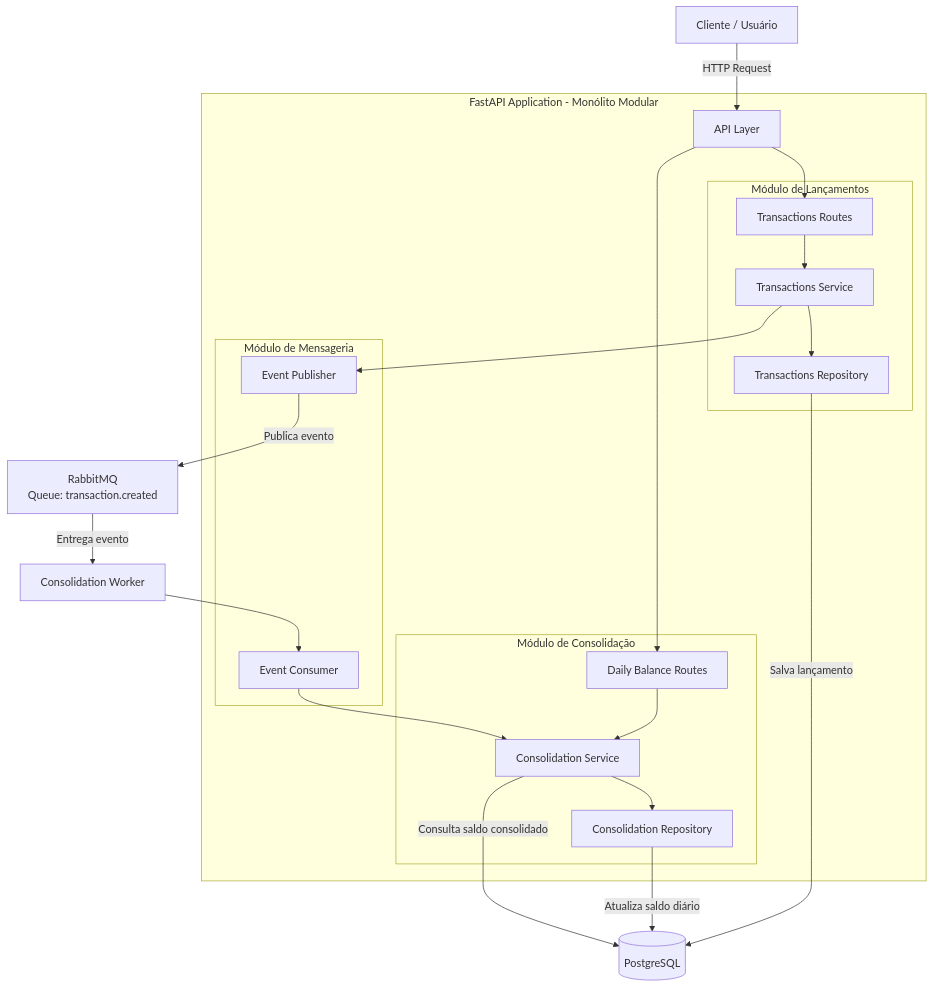
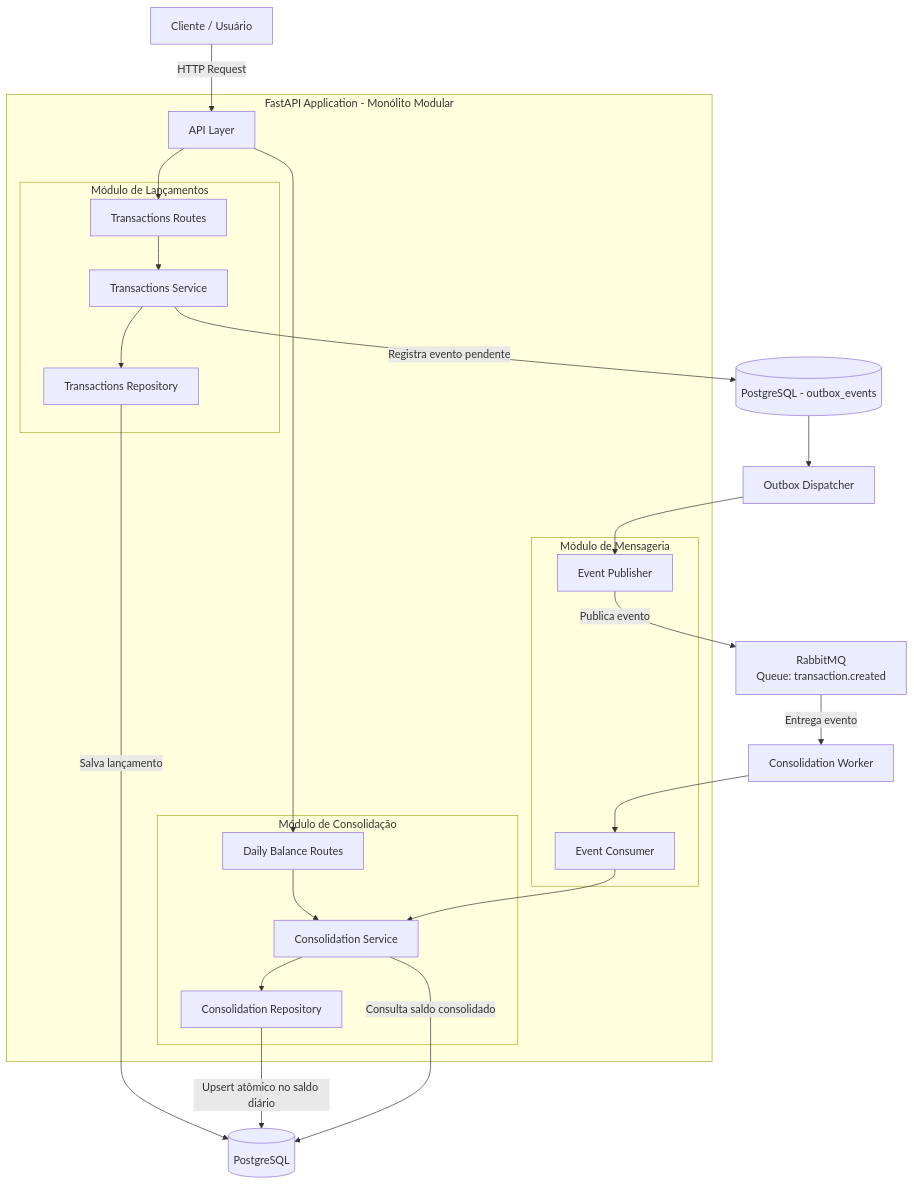
Before and after one commit to evosoftwares/cashflow-challenge-Gabriel: the second of 7 diagrams in docs/architecture.md, drawn with Mermaid. The commit also changed other lines of this file and 28 other files, not shown here.

````diff
--- a/docs/architecture.md
+++ b/docs/architecture.md
@@ -29,39 +30,43 @@
 ```mermaid
 flowchart TD
     CLIENT[Cliente / Usuário]
     subgraph APP[FastAPI Application - Monólito Modular]
         API[API Layer]
         subgraph TRANSACTIONS[Módulo de Lançamentos]
             TRoutes[Transactions Routes]
             TService[Transactions Service]
             TRepo[Transactions Repository]
         end
         subgraph CONSOLIDATION[Módulo de Consolidação]
             CRoutes[Daily Balance Routes]
             CService[Consolidation Service]
             CRepo[Consolidation Repository]
         end
         subgraph MESSAGING[Módulo de Mensageria]
             Publisher[Event Publisher]
             Consumer[Event Consumer]
         end
     end
     DB[(PostgreSQL)]
+    OUTBOX[(PostgreSQL - outbox_events)]
+    DISPATCHER[Outbox Dispatcher]
     MQ[RabbitMQ<br/>Queue: transaction.created]
     WORKER[Consolidation Worker]
     CLIENT -->|HTTP Request| API
     API --> TRoutes
     TRoutes --> TService
     TService --> TRepo
     TRepo -->|Salva lançamento| DB
-    TService --> Publisher
+    TService -->|Registra evento pendente| OUTBOX
+    OUTBOX --> DISPATCHER
+    DISPATCHER --> Publisher
     Publisher -->|Publica evento| MQ
     MQ -->|Entrega evento| WORKER
     WORKER --> Consumer
     Consumer --> CService
     CService --> CRepo
-    CRepo -->|Atualiza saldo diário| DB
+    CRepo -->|Upsert atômico no saldo diário| DB
     API --> CRoutes
     CRoutes --> CService
     CService -->|Consulta saldo consolidado| DB
 ```
````
